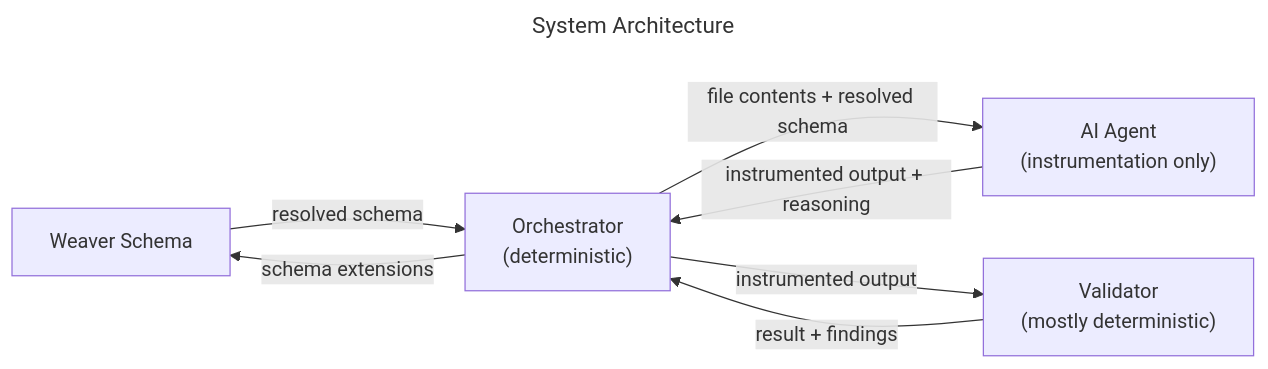
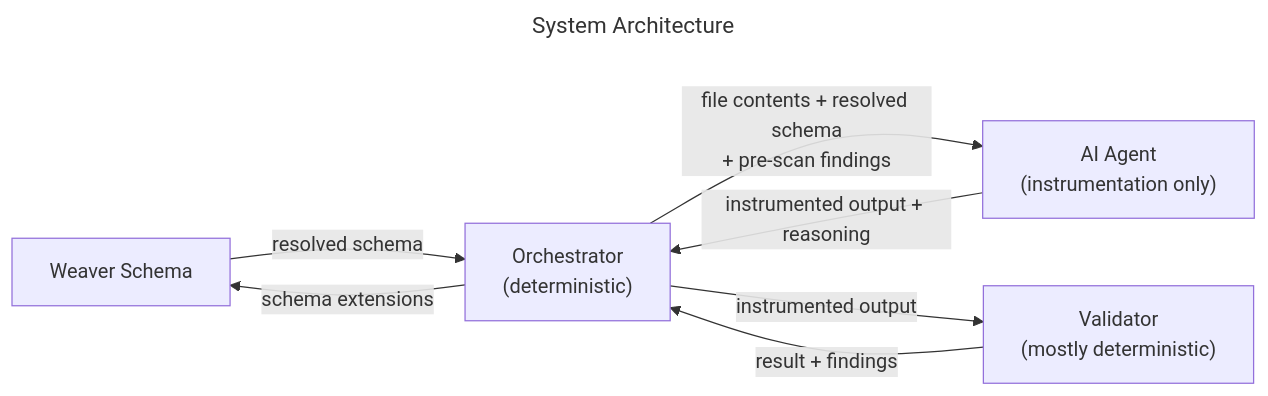
The diagram in docs/diagrams/orchestrator-overview.mmd (wiggitywhitney/spinybacked-orbweaver), drawn with Mermaid before and after one commit. The commit also changed 3 other files, not shown here.

First line of the commit message:
docs(prd-582): M4 — update architecture diagrams with pre-scan step

```diff
--- a/docs/diagrams/orchestrator-overview.mmd
+++ b/docs/diagrams/orchestrator-overview.mmd
@@ -1,16 +1,16 @@
 ---
 title: "System Architecture"
 ---
 %% ABOUTME: Orchestrator-centered architecture — deterministic orchestrator coordinating AI agent, validator, and Weaver schema
 flowchart LR
     SCHEMA["Weaver Schema"]
     ORCH["Orchestrator\n(deterministic)"]
     AGENT["AI Agent\n(instrumentation only)"]
     VAL["Validator\n(mostly deterministic)"]
 
     SCHEMA -->|resolved schema| ORCH
-    ORCH -->|"file contents + resolved schema"| AGENT
+    ORCH -->|"file contents + resolved schema\n+ pre-scan findings"| AGENT
     AGENT -->|"instrumented output + reasoning"| ORCH
     ORCH -->|instrumented output| VAL
     VAL -->|result + findings| ORCH
     ORCH -->|schema extensions| SCHEMA
```
